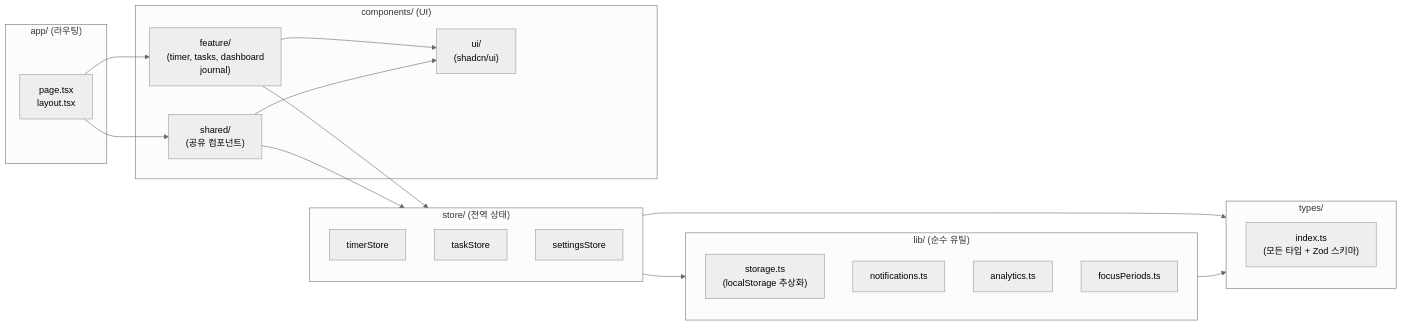
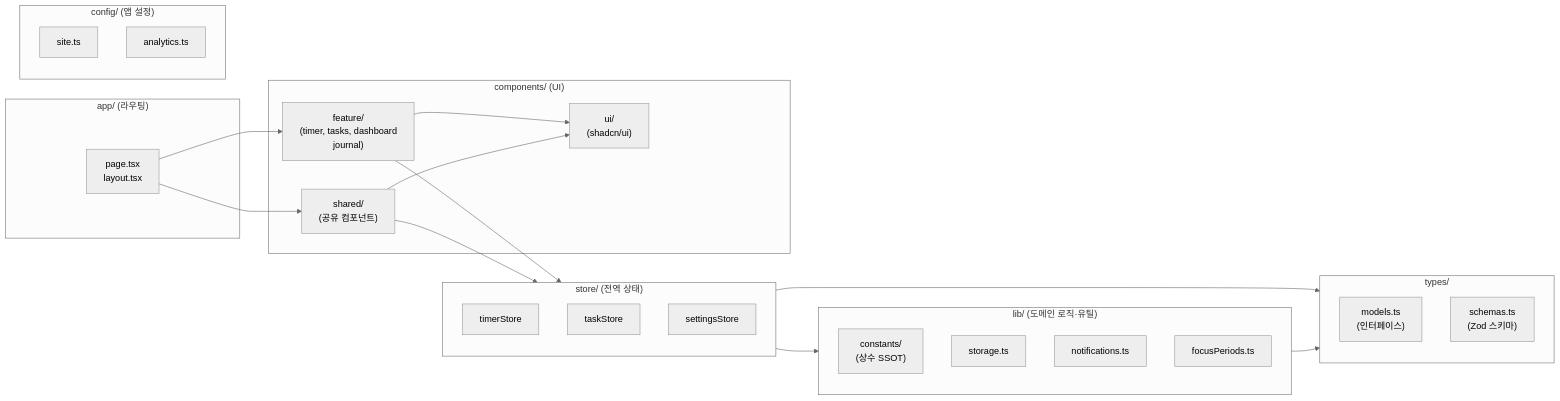
Before and after one commit to aaaz425/pomodash: the second of 4 diagrams in docs/specs/architecture-diagram.md, drawn with Mermaid (neutral theme). The commit also changed 55 other files, not shown here.

````diff
--- a/docs/specs/architecture-diagram.md
+++ b/docs/specs/architecture-diagram.md
@@ -44,39 +44,45 @@
 ```mermaid
 flowchart LR
     subgraph app["app/ (라우팅)"]
         Pages["page.tsx\nlayout.tsx"]
     end
 
     subgraph components["components/ (UI)"]
         Feature["feature/\n(timer, tasks, dashboard\njournal)"]
         Shared["shared/\n(공유 컴포넌트)"]
         UI["ui/\n(shadcn/ui)"]
     end
 
     subgraph store["store/ (전역 상태)"]
         TimerStore["timerStore"]
         TaskStore["taskStore"]
         SettingsStore["settingsStore"]
     end
 
-    subgraph lib["lib/ (순수 유틸)"]
-        Storage["storage.ts\n(localStorage 추상화)"]
+    subgraph config["config/ (앱 설정)"]
+        Site["site.ts"]
+        Analytics["analytics.ts"]
+    end
+
+    subgraph lib["lib/ (도메인 로직·유틸)"]
+        Constants["constants/\n(상수 SSOT)"]
+        Storage["storage.ts"]
         Notifications["notifications.ts"]
-        Analytics["analytics.ts"]
         FocusPeriods["focusPeriods.ts"]
     end
 
     subgraph types["types/"]
-        Index["index.ts\n(모든 타입 + Zod 스키마)"]
+        Models["models.ts\n(인터페이스)"]
+        Schemas["schemas.ts\n(Zod 스키마)"]
     end
 
     Pages --> Feature
     Pages --> Shared
     Feature --> UI
     Shared --> UI
     Feature --> store
     Shared --> store
     store --> lib
     store --> types
     lib --> types
 ```
````
